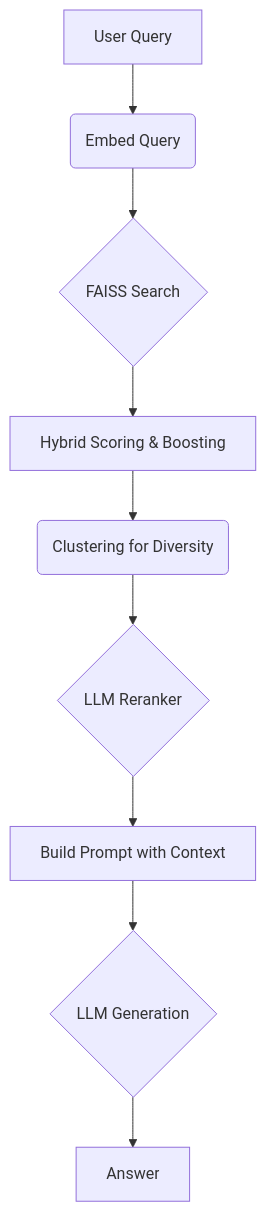
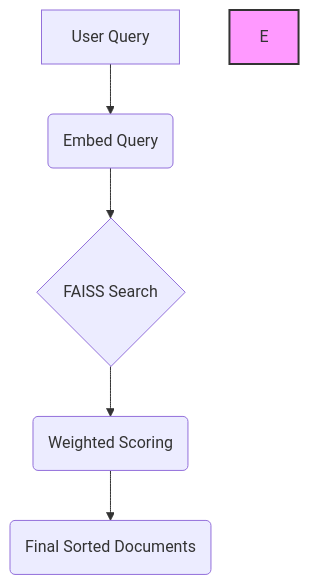
One commit to ZeleMate/LegalQA_v2 changed the diagram in README.md. Above: the diagram before and after it, drawn with Mermaid. The commit also changed other lines of this file and 4 other files, not shown here.

````diff
--- a/README.md
+++ b/README.md
@@ -26,11 +25,8 @@
 ```mermaid
 graph TD;
     A[User Query] --> B(Embed Query);
     B --> C{FAISS Search};
-    C --> D[Hybrid Scoring & Boosting];
-    D --> E(Clustering for Diversity);
-    E --> F{LLM Reranker};
-    F --> G[Build Prompt with Context];
-    G --> H{LLM Generation};
-    H --> I[Answer];
+    C --> D(Weighted Scoring);
+    D --> F(Final Sorted Documents);
+    style E fill:#f9f,stroke:#333,stroke-width:2px;
 ```
````
